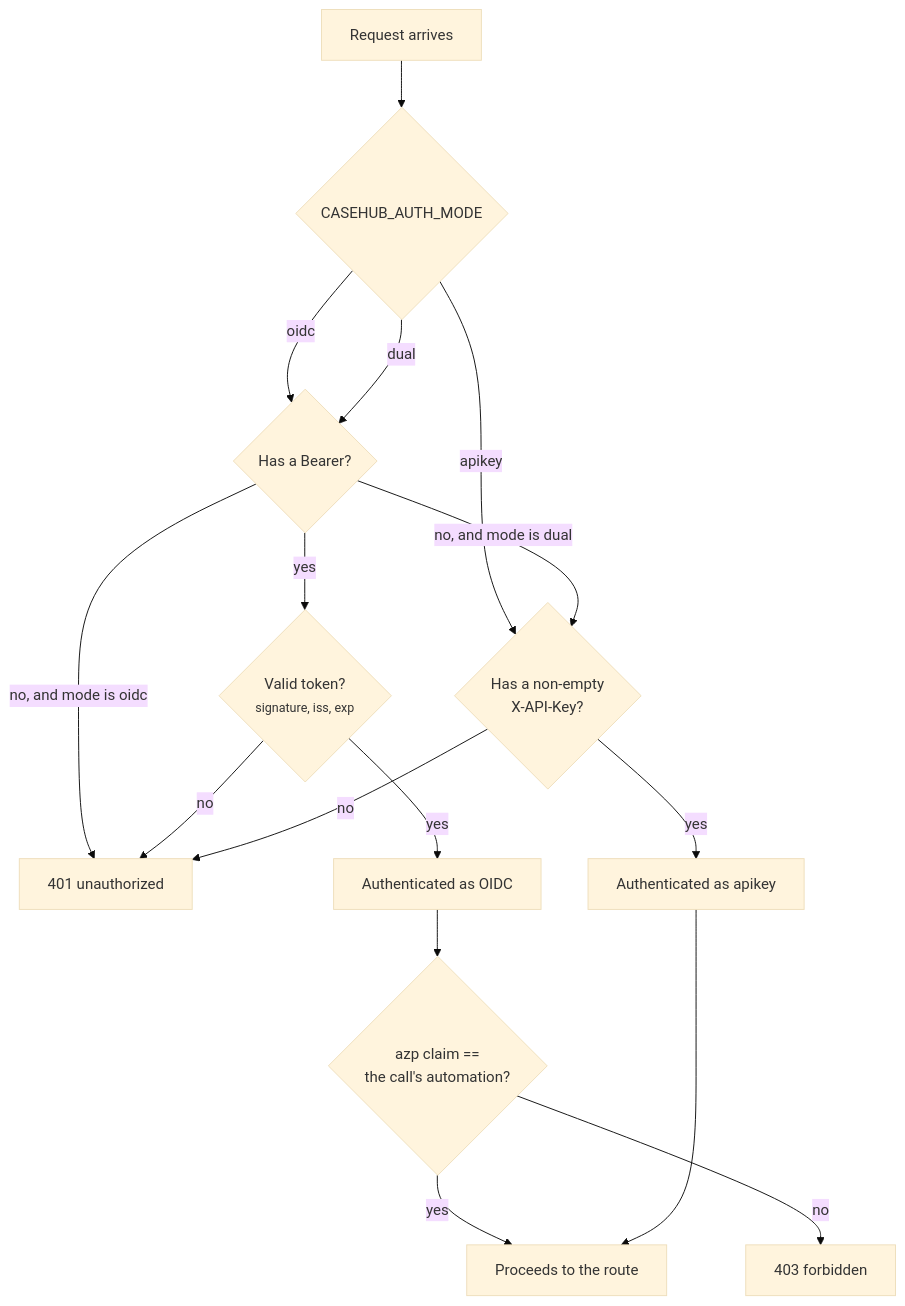
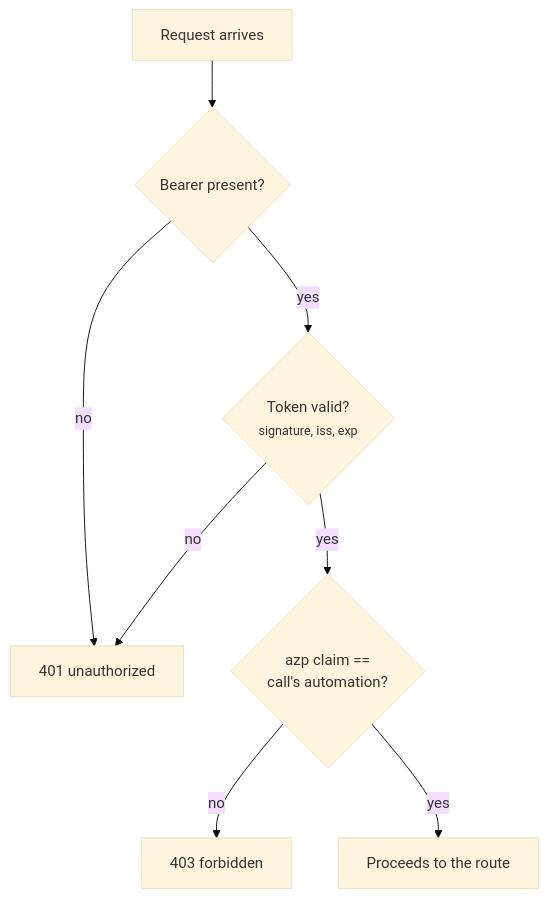
Before and after one commit to MatheusLPolidoro/docs-casehub: the second of 5 diagrams in docs/arquitetura.en.md, drawn with Mermaid (base theme). The commit also changed other lines of this file and 5 other files, not shown here.

First line of the commit message:
[DOCS] Registre que X-API-Key nao autentica mais nada.

````diff
--- a/docs/arquitetura.en.md
+++ b/docs/arquitetura.en.md
@@ -40,24 +40,13 @@
 ```mermaid
 flowchart TD
-    R["Request arrives"] --> M{"CASEHUB_AUTH_MODE"}
+    R["Request arrives"] --> B{"Bearer present?"}
 
-    M -->|oidc| B{"Has a Bearer?"}
-    M -->|dual| B
-    M -->|apikey| AK{"Has a non-empty<br/>X-API-Key?"}
-
-    B -->|no, and mode is dual| AK
-    B -->|no, and mode is oidc| E401["401 unauthorized"]
-    B -->|yes| V{"Valid token?<br/><small>signature, iss, exp</small>"}
+    B -->|no| E401["401 unauthorized"]
+    B -->|yes| V{"Token valid?<br/><small>signature, iss, exp</small>"}
 
     V -->|no| E401
-    V -->|yes| AUT["Authenticated as OIDC"]
+    V -->|yes| Z{"azp claim ==<br/>call's automation?"}
 
-    AK -->|no| E401
-    AK -->|yes| AUTK["Authenticated as apikey"]
-
-    AUT --> Z{"azp claim ==<br/>the call's automation?"}
     Z -->|no| E403["403 forbidden"]
     Z -->|yes| OK["Proceeds to the route"]
-
-    AUTK --> OK
 ```
````
